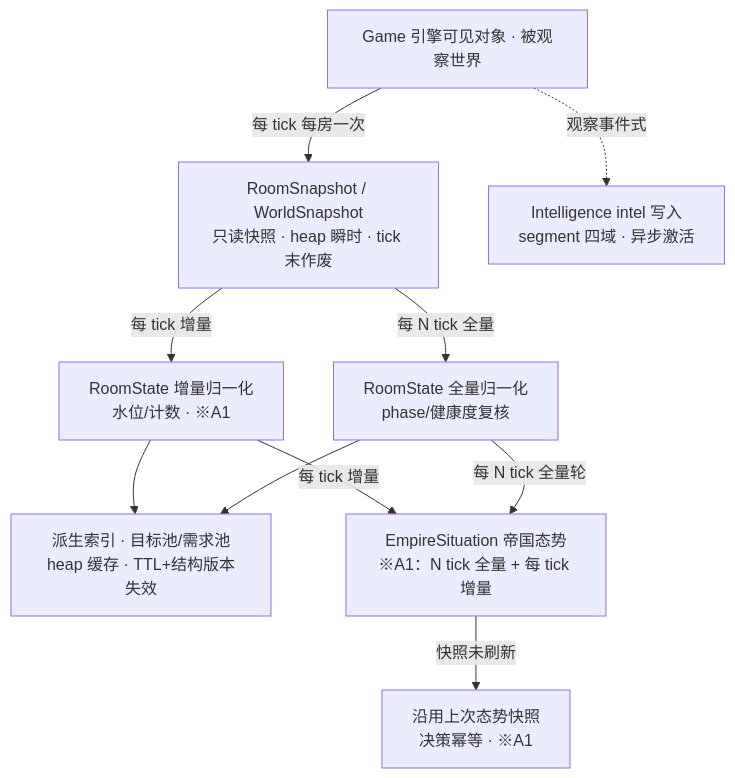
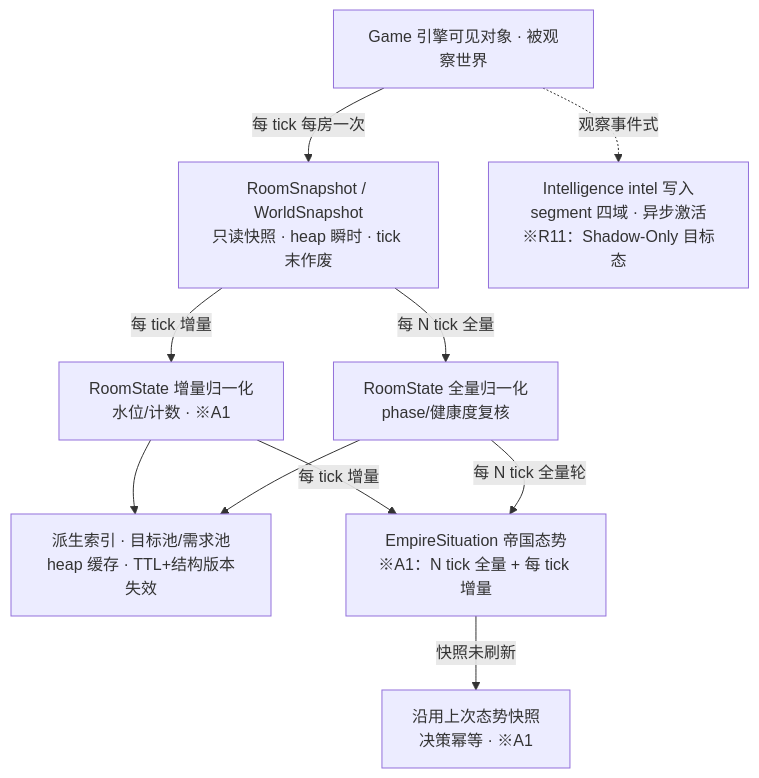
The first of 3 diagrams in docs/architecture/DATA_FLOW.md (yintianyan/SCREEPS-WORLD), drawn with Mermaid before and after one commit. The commit also changed other lines of this file and 22 other files, not shown here.

````diff
--- a/docs/architecture/DATA_FLOW.md
+++ b/docs/architecture/DATA_FLOW.md
@@ -13,12 +13,12 @@
 ```mermaid
 flowchart TD
   GAME[Game 引擎可见对象 · 被观察世界] -- 每 tick 每房一次 --> SNAP[RoomSnapshot / WorldSnapshot<br/>只读快照 · heap 瞬时 · tick 末作废]
   SNAP -- 每 tick 增量 --> NORM_I[RoomState 增量归一化<br/>水位/计数 · ※A1]
   SNAP -- 每 N tick 全量 --> NORM_F[RoomState 全量归一化<br/>phase/健康度复核]
   NORM_I --> IDX[派生索引 · 目标池/需求池<br/>heap 缓存 · TTL+结构版本失效]
   NORM_F --> IDX
   NORM_I -- 每 tick 增量 --> SIT[EmpireSituation 帝国态势<br/>※A1：N tick 全量 + 每 tick 增量]
   NORM_F -- 每 N tick 全量轮 --> SIT
   SIT -- 快照未刷新 --> POLICY_IN[沿用上次态势快照<br/>决策幂等 · ※A1]
-  GAME -. 观察事件式 .-> INTL[Intelligence intel 写入<br/>segment 四域 · 异步激活]
+  GAME -. 观察事件式 .-> INTL[Intelligence intel 写入<br/>segment 四域 · 异步激活<br/>※R11：Shadow-Only 目标态]
 ```
````
